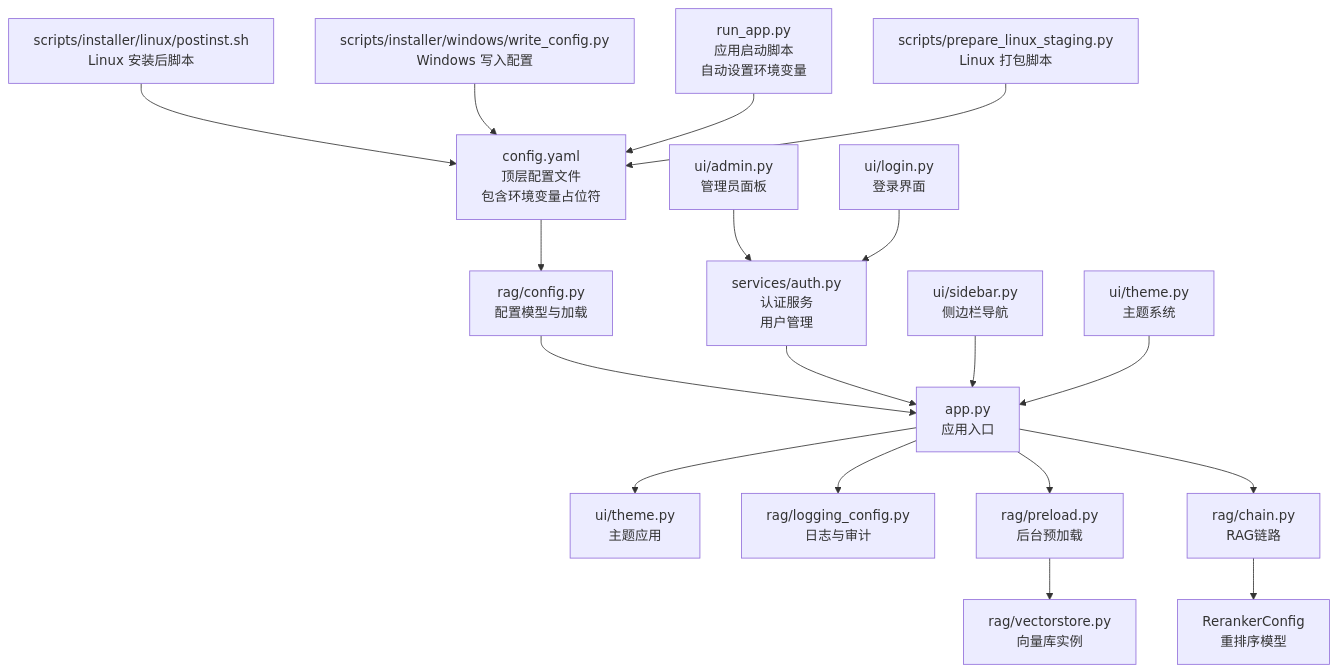
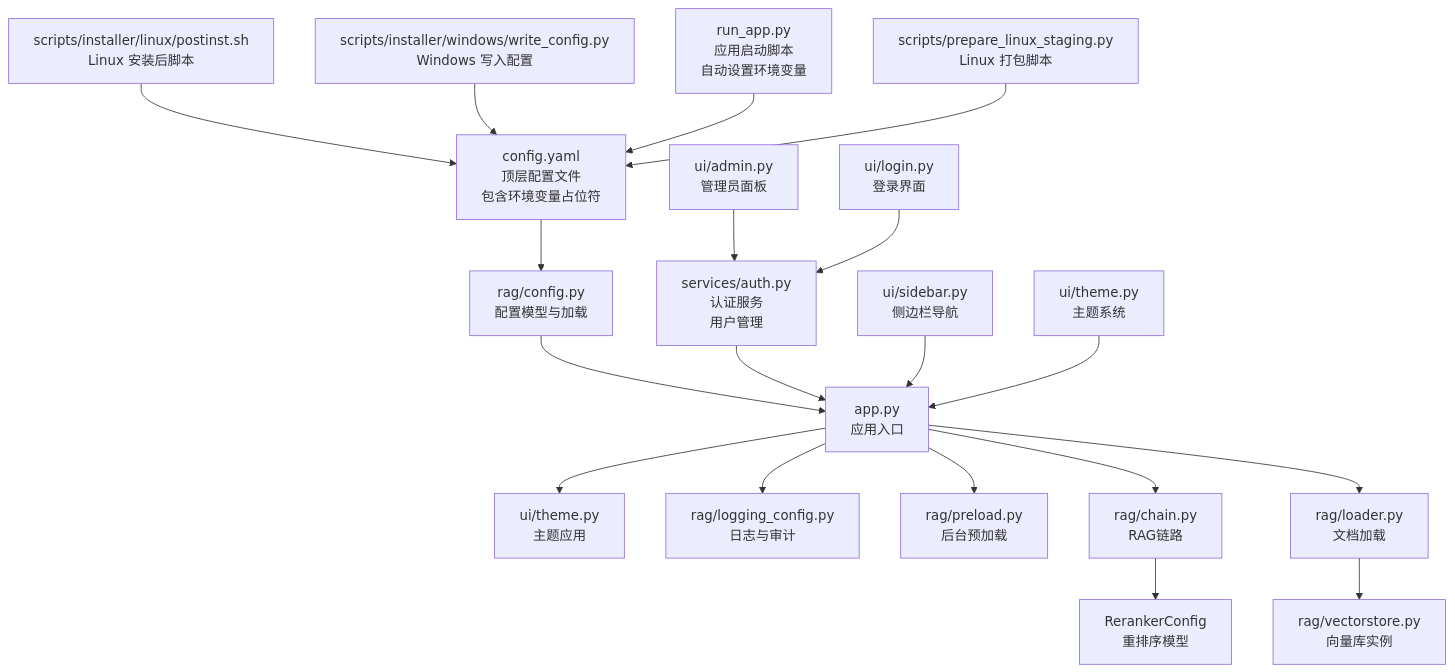
One commit to joyafa/knowledge changed the first of 7 diagrams in .qoder/repowiki/zh/content/RAG核心引擎/配置管理系统.md. Above: the diagram before and after it, drawn with Mermaid. The commit also changed other lines of this file and 20 other files, not shown here.

````diff
--- a/.qoder/repowiki/zh/content/RAG核心引擎/配置管理系统.md
+++ b/.qoder/repowiki/zh/content/RAG核心引擎/配置管理系统.md
@@ -76,20 +74,21 @@
 ```mermaid
 graph TB
 cfg["config.yaml<br/>顶层配置文件<br/>包含环境变量占位符"] --> cm["rag/config.py<br/>配置模型与加载"]
 cm --> app["app.py<br/>应用入口"]
 app --> ui["ui/theme.py<br/>主题应用"]
 app --> log["rag/logging_config.py<br/>日志与审计"]
 app --> preload["rag/preload.py<br/>后台预加载"]
 app --> chain["rag/chain.py<br/>RAG链路"]
+app --> loader["rag/loader.py<br/>文档加载"]
 chain --> reranker["RerankerConfig<br/>重排序模型"]
-preload --> vs["rag/vectorstore.py<br/>向量库实例"]
+loader --> vs["rag/vectorstore.py<br/>向量库实例"]
 auth["services/auth.py<br/>认证服务<br/>用户管理"] --> app
 admin["ui/admin.py<br/>管理员面板"] --> auth
 login["ui/login.py<br/>登录界面"] --> auth
 sidebar["ui/sidebar.py<br/>侧边栏导航"] --> app
 theme["ui/theme.py<br/>主题系统"] --> app
 inst_lnx["scripts/installer/linux/postinst.sh<br/>Linux 安装后脚本"] --> cfg
 inst_win["scripts/installer/windows/write_config.py<br/>Windows 写入配置"] --> cfg
 run_app["run_app.py<br/>应用启动脚本<br/>自动设置环境变量"] --> cfg
 staging["scripts/prepare_linux_staging.py<br/>Linux 打包脚本"] --> cfg
 ```
````
